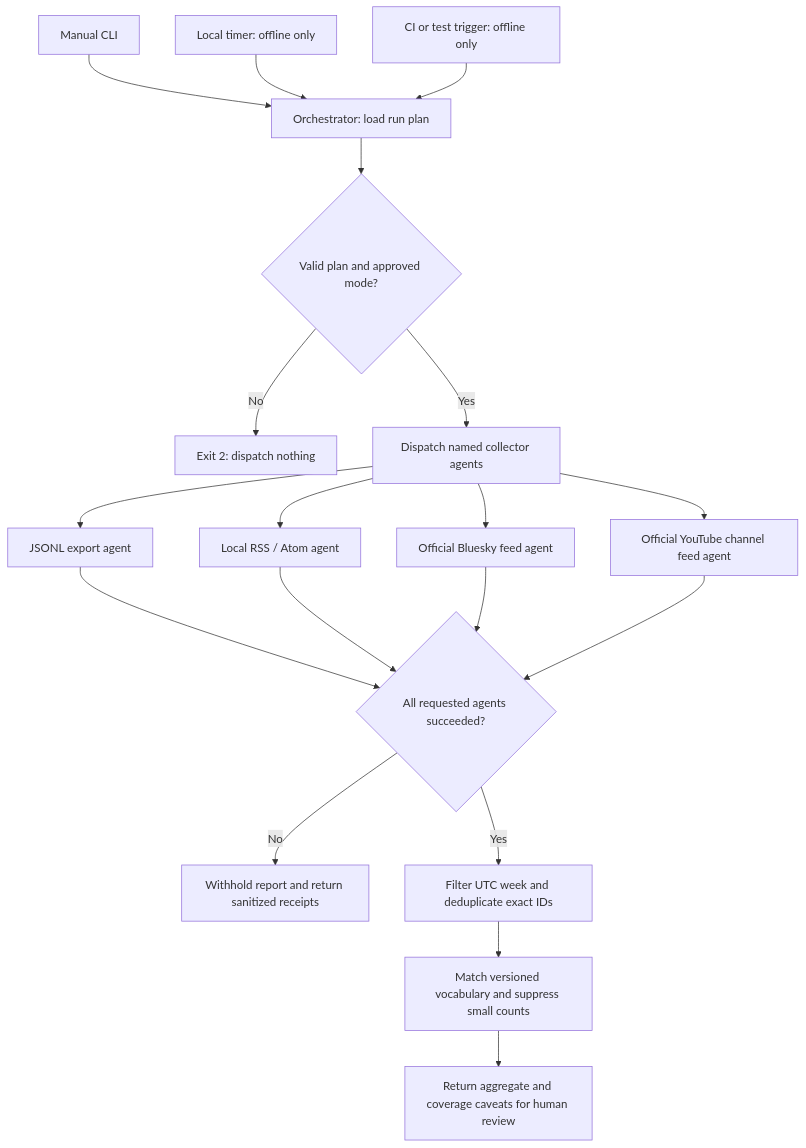
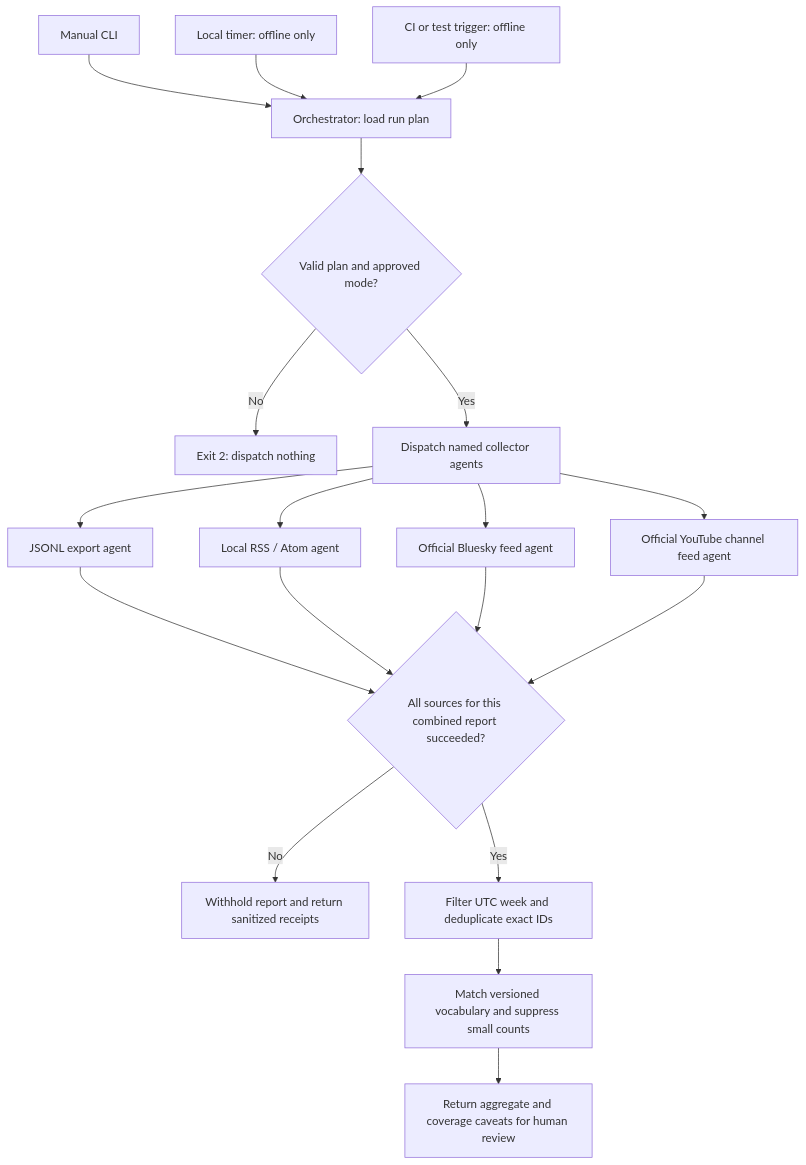
One commit to nikbearbrown/social-media-agent changed the diagram in agents/README.md. Above: the diagram before and after it, drawn with Mermaid. The commit also changed other lines of this file and 5 other files, not shown here.

````diff
--- a/agents/README.md
+++ b/agents/README.md
@@ -5,21 +5,21 @@
 ```mermaid
 flowchart TD
     M["Manual CLI"] --> O["Orchestrator: load run plan"]
     T["Local timer: offline only"] --> O
     I["CI or test trigger: offline only"] --> O
     O --> P{"Valid plan and approved mode?"}
     P -- No --> E["Exit 2: dispatch nothing"]
     P -- Yes --> D["Dispatch named collector agents"]
     D --> J["JSONL export agent"]
     D --> R["Local RSS / Atom agent"]
     D --> B["Official Bluesky feed agent"]
     D --> Y["Official YouTube channel feed agent"]
-    J --> Q{"All requested agents succeeded?"}
+    J --> Q{"All sources for this combined report succeeded?"}
     R --> Q
     B --> Q
     Y --> Q
     Q -- No --> F["Withhold report and return sanitized receipts"]
     Q -- Yes --> N["Filter UTC week and deduplicate exact IDs"]
     N --> V["Match versioned vocabulary and suppress small counts"]
     V --> H["Return aggregate and coverage caveats for human review"]
 ```
````
